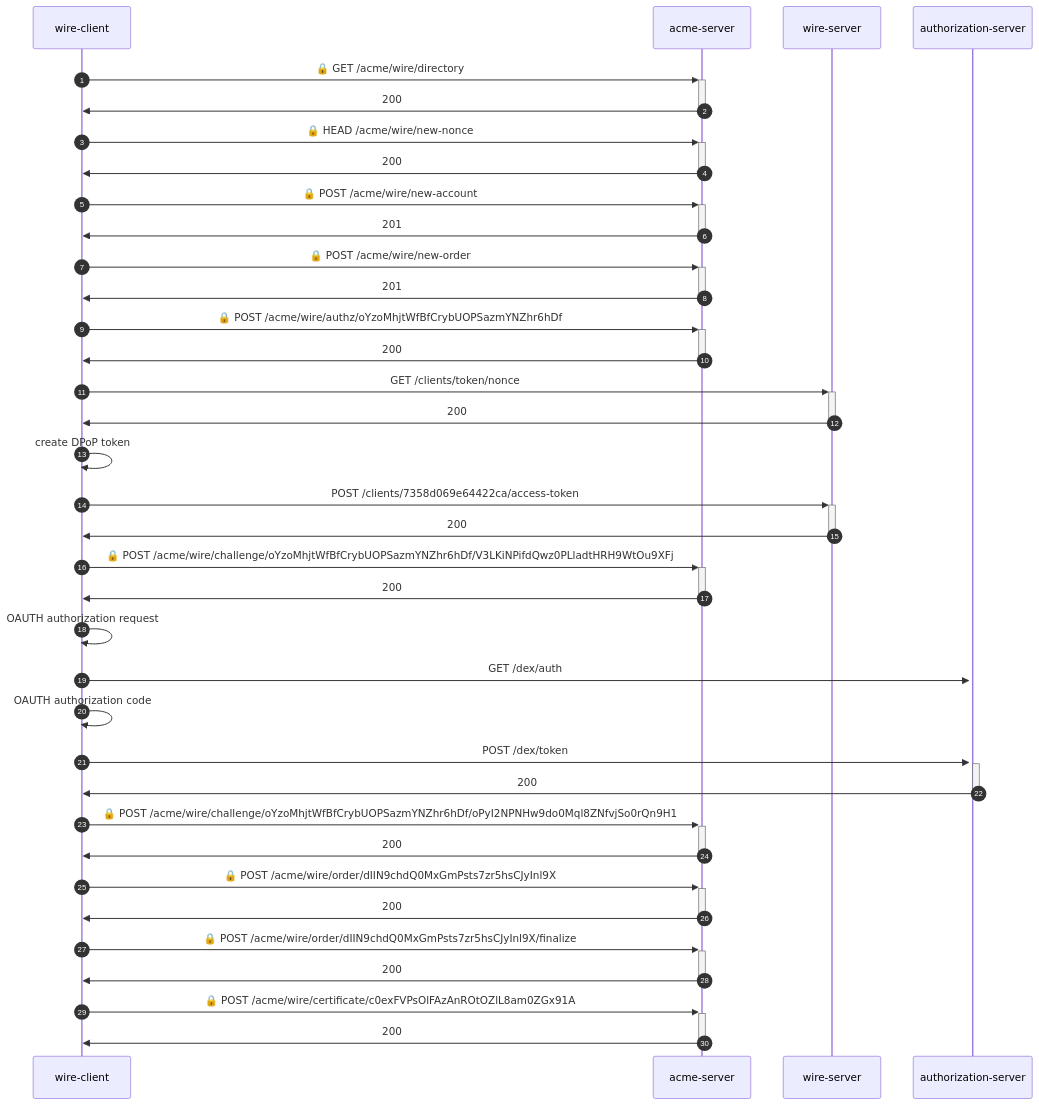
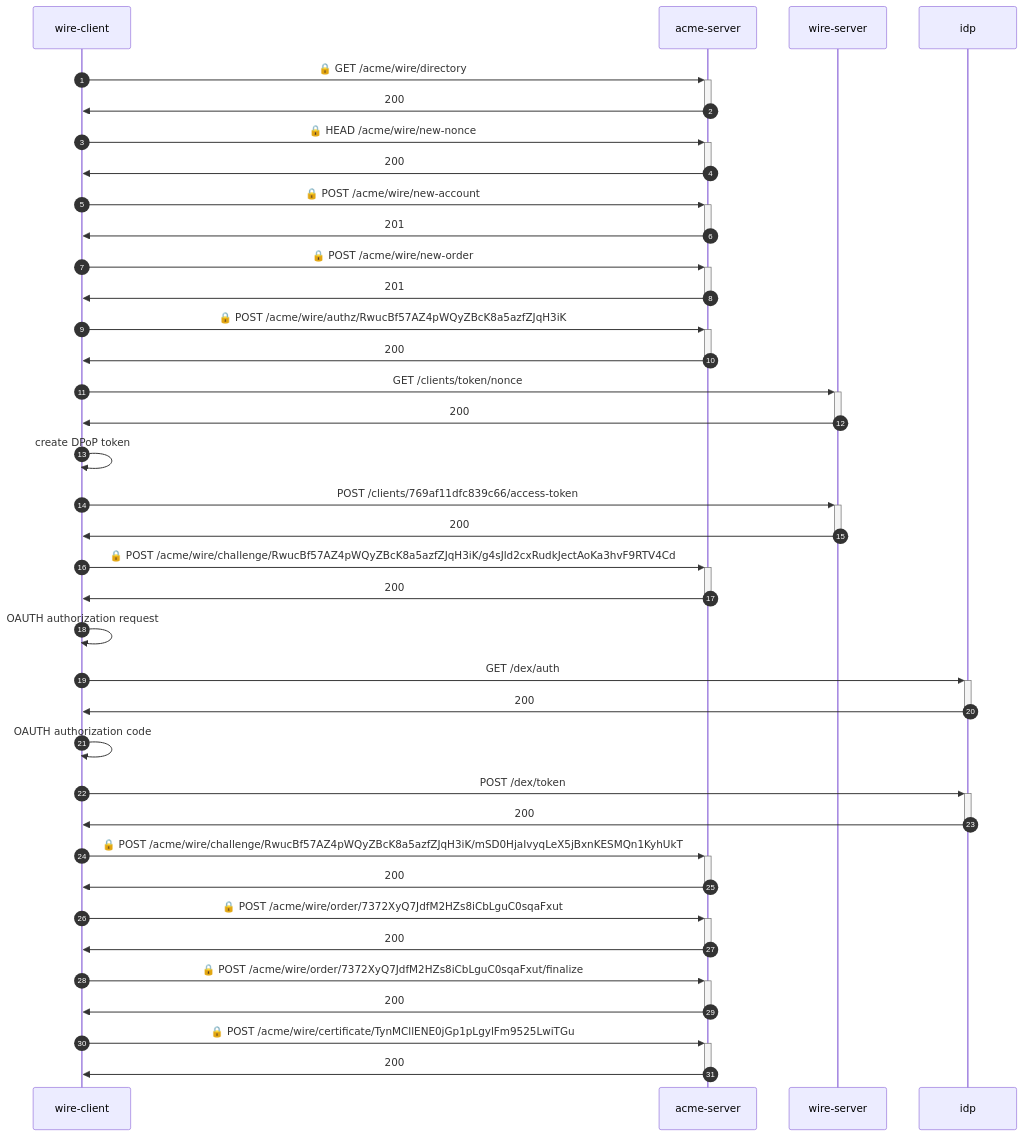
Before and after one commit to wireapp/rusty-jwt-tools: the diagram in e2e-identity/README.md, drawn with Mermaid. The commit also changed other lines of this file and 2 other files, not shown here.

Commit message:
chore: update mermaid chart labels

````diff
--- a/e2e-identity/README.md
+++ b/e2e-identity/README.md
@@ -3,34 +3,35 @@
 ```mermaid
 sequenceDiagram
     autonumber
     wire-client->>+acme-server: 🔒 GET /acme/wire/directory
     acme-server->>-wire-client: 200
     wire-client->>+acme-server: 🔒 HEAD /acme/wire/new-nonce
     acme-server->>-wire-client: 200
     wire-client->>+acme-server: 🔒 POST /acme/wire/new-account
     acme-server->>-wire-client: 201
     wire-client->>+acme-server: 🔒 POST /acme/wire/new-order
     acme-server->>-wire-client: 201
-    wire-client->>+acme-server: 🔒 POST /acme/wire/authz/oYzoMhjtWfBfCrybUOPSazmYNZhr6hDf
+    wire-client->>+acme-server: 🔒 POST /acme/wire/authz/RwucBf57AZ4pWQyZBcK8a5azfZJqH3iK
     acme-server->>-wire-client: 200
     wire-client->>+wire-server:  GET /clients/token/nonce
     wire-server->>-wire-client: 200
     wire-client->>wire-client: create DPoP token
-    wire-client->>+wire-server:  POST /clients/7358d069e64422ca/access-token
+    wire-client->>+wire-server:  POST /clients/769af11dfc839c66/access-token
     wire-server->>-wire-client: 200
-    wire-client->>+acme-server: 🔒 POST /acme/wire/challenge/oYzoMhjtWfBfCrybUOPSazmYNZhr6hDf/V3LKiNPifdQwz0PLladtHRH9WtOu9XFj
+    wire-client->>+acme-server: 🔒 POST /acme/wire/challenge/RwucBf57AZ4pWQyZBcK8a5azfZJqH3iK/g4sJld2cxRudkJectAoKa3hvF9RTV4Cd
     acme-server->>-wire-client: 200
     wire-client->>wire-client: OAUTH authorization request
-    wire-client->>+authorization-server:  GET /dex/auth
+    wire-client->>+idp:  GET /dex/auth
+    idp->>-wire-client: 200
     wire-client->>wire-client: OAUTH authorization code
-    wire-client->>+authorization-server:  POST /dex/token
-    authorization-server->>-wire-client: 200
-    wire-client->>+acme-server: 🔒 POST /acme/wire/challenge/oYzoMhjtWfBfCrybUOPSazmYNZhr6hDf/oPyI2NPNHw9do0Mql8ZNfvjSo0rQn9H1
+    wire-client->>+idp:  POST /dex/token
+    idp->>-wire-client: 200
+    wire-client->>+acme-server: 🔒 POST /acme/wire/challenge/RwucBf57AZ4pWQyZBcK8a5azfZJqH3iK/mSD0HjaIvyqLeX5jBxnKESMQn1KyhUkT
     acme-server->>-wire-client: 200
-    wire-client->>+acme-server: 🔒 POST /acme/wire/order/dIIN9chdQ0MxGmPsts7zr5hsCJyInl9X
+    wire-client->>+acme-server: 🔒 POST /acme/wire/order/7372XyQ7JdfM2HZs8iCbLguC0sqaFxut
     acme-server->>-wire-client: 200
-    wire-client->>+acme-server: 🔒 POST /acme/wire/order/dIIN9chdQ0MxGmPsts7zr5hsCJyInl9X/finalize
+    wire-client->>+acme-server: 🔒 POST /acme/wire/order/7372XyQ7JdfM2HZs8iCbLguC0sqaFxut/finalize
     acme-server->>-wire-client: 200
-    wire-client->>+acme-server: 🔒 POST /acme/wire/certificate/c0exFVPsOlFAzAnROtOZlL8am0ZGx91A
+    wire-client->>+acme-server: 🔒 POST /acme/wire/certificate/TynMCllENE0jGp1pLgylFm9525LwiTGu
     acme-server->>-wire-client: 200
 ```
````
